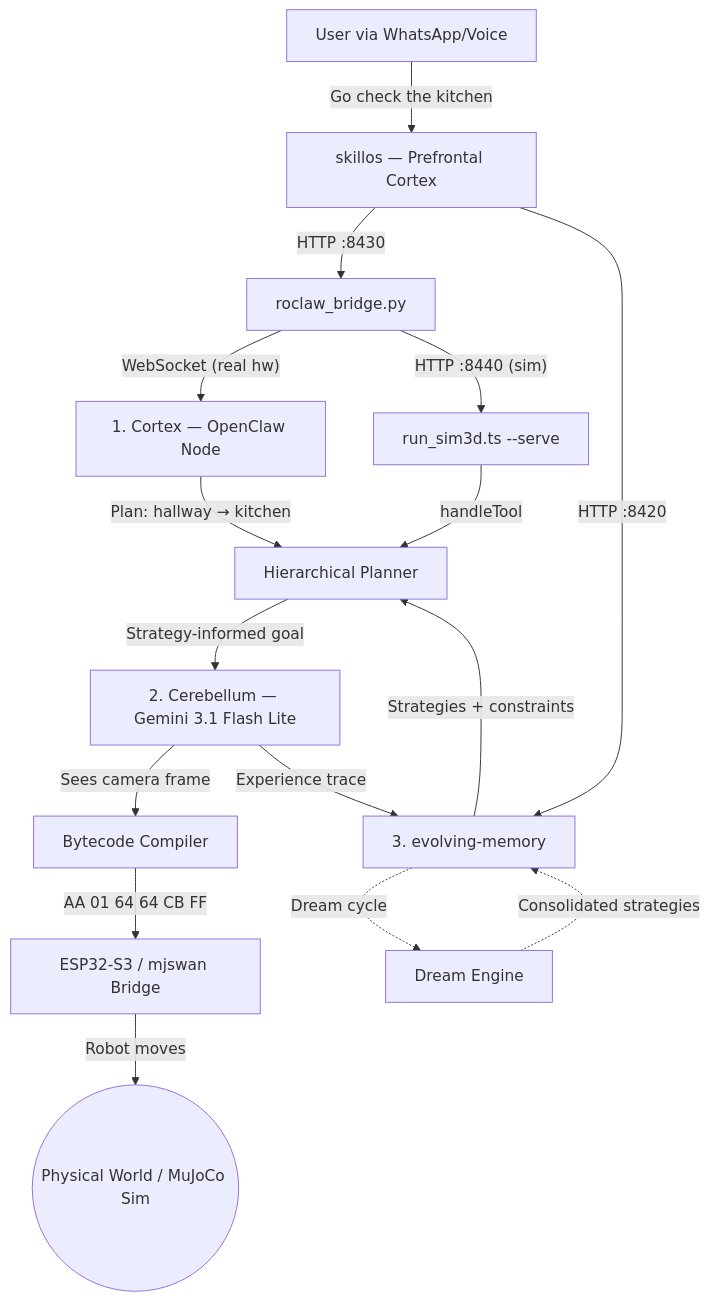
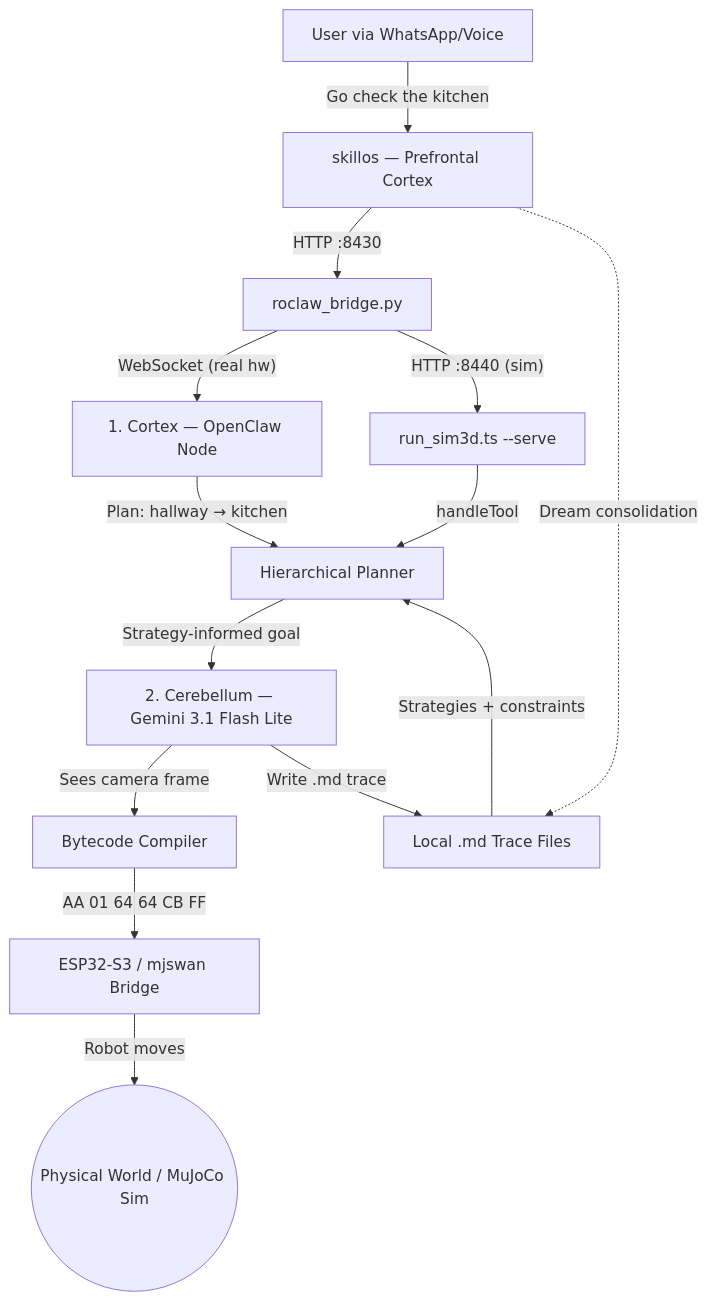
One commit to EvolvingAgentsLabs/RoClaw changed the second of 5 diagrams in README.md. Above: the diagram before and after it, drawn with Mermaid. The commit also changed other lines of this file and 15 other files, not shown here.

First line of the commit message:
Remove evolving-memory HTTP dependency — 100% local markdown memory

````diff
--- a/README.md
+++ b/README.md
@@ -35,18 +34,16 @@
 ```mermaid
 graph TD
     USER[User via WhatsApp/Voice] -->|"Go check the kitchen"| SKILLOS[skillos — Prefrontal Cortex]
     SKILLOS -->|"HTTP :8430"| BRIDGE[roclaw_bridge.py]
     BRIDGE -->|"WebSocket (real hw)"| CORTEX[1. Cortex — OpenClaw Node]
     BRIDGE -->|"HTTP :8440 (sim)"| TOOLSRV["run_sim3d.ts --serve"]
     CORTEX -->|"Plan: hallway → kitchen"| PLANNER[Hierarchical Planner]
     TOOLSRV -->|handleTool| PLANNER
     PLANNER -->|"Strategy-informed goal"| CEREBELLUM[2. Cerebellum — Gemini 3.1 Flash Lite]
     CEREBELLUM -->|"Sees camera frame"| COMPILE[Bytecode Compiler]
     COMPILE -->|"AA 01 64 64 CB FF"| ESP[ESP32-S3 / mjswan Bridge]
     ESP -->|"Robot moves"| WORLD((Physical World / MuJoCo Sim))
-    CEREBELLUM -->|"Experience trace"| MEMORY[3. evolving-memory]
-    MEMORY -->|"Strategies + constraints"| PLANNER
-    MEMORY -.->|"Dream cycle"| DREAM[Dream Engine]
-    DREAM -.->|"Consolidated strategies"| MEMORY
-    SKILLOS -->|"HTTP :8420"| MEMORY
+    CEREBELLUM -->|"Write .md trace"| TRACES[Local .md Trace Files]
+    TRACES -->|"Strategies + constraints"| PLANNER
+    SKILLOS -.->|"Dream consolidation"| TRACES
 ```
````
